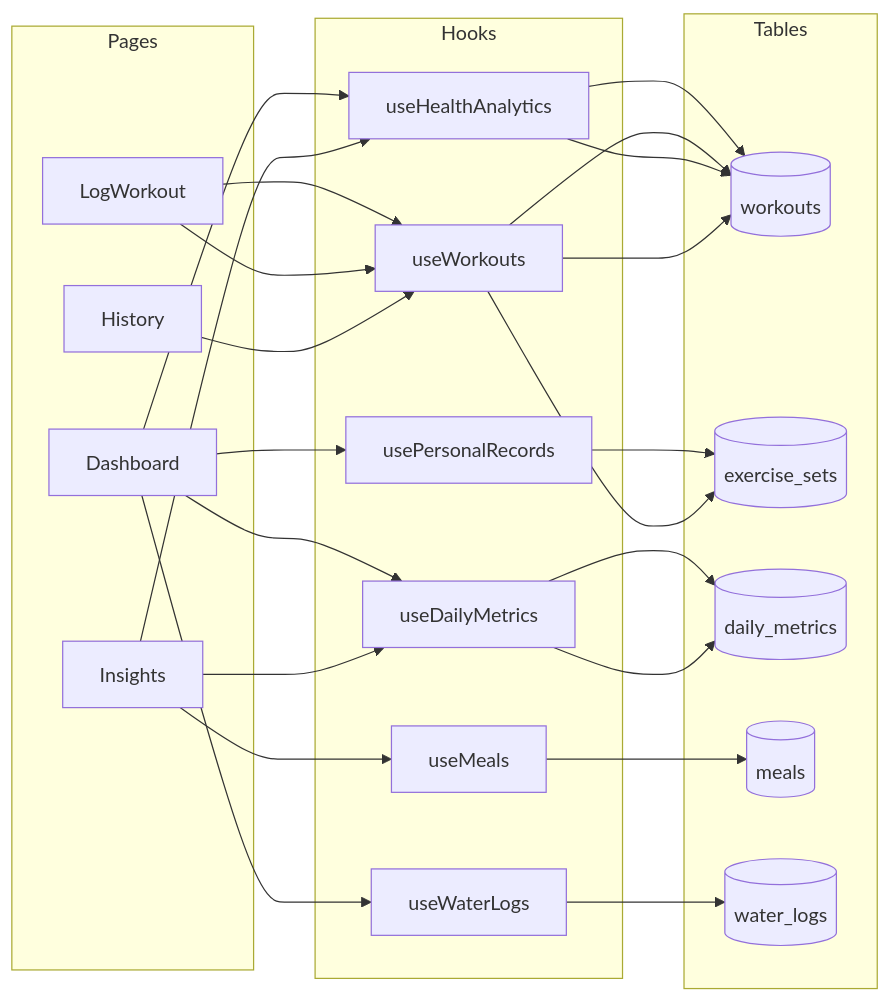
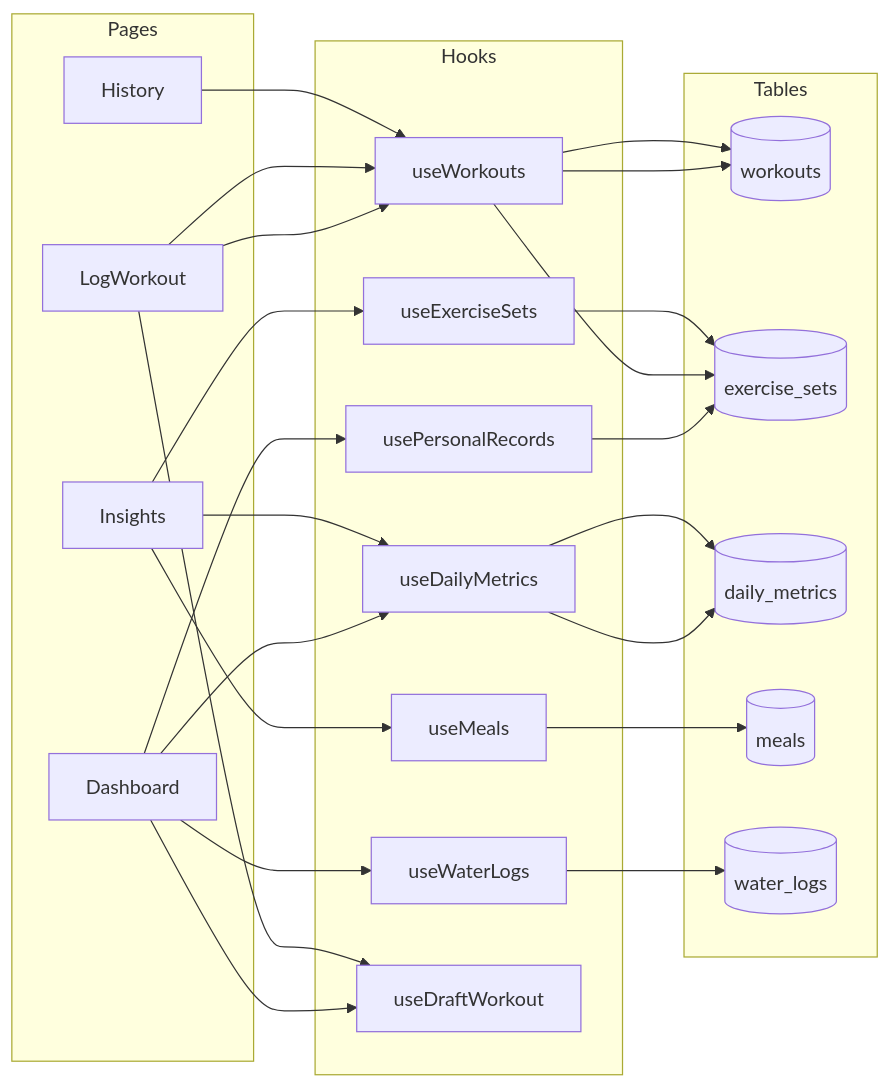
The fourth of 6 diagrams in README.md (Imdavid21/reptrack), drawn with Mermaid before and after one commit. The commit also changed other lines of this file, not shown here.

````diff
--- a/README.md
+++ b/README.md
@@ -233,40 +251,42 @@
 ```mermaid
 flowchart LR
     subgraph Pages
         D[Dashboard]
         L[LogWorkout]
         I[Insights]
         H[History]
     end
 
     subgraph Hooks
         uW[useWorkouts]
         uDM[useDailyMetrics]
         uM[useMeals]
         uWL[useWaterLogs]
         uPR[usePersonalRecords]
-        uHA[useHealthAnalytics]
+        uES[useExerciseSets]
+        uDraft[useDraftWorkout]
     end
 
     subgraph Tables
         workouts[(workouts)]
         exercise_sets[(exercise_sets)]
         daily_metrics[(daily_metrics)]
         meals[(meals)]
         water_logs[(water_logs)]
     end
 
-    D --> uHA --> workouts
     D --> uDM --> daily_metrics
     D --> uWL --> water_logs
     D --> uPR --> exercise_sets
+    D --> uDraft
 
     L --> uW --> workouts
     L --> uW --> exercise_sets
+    L --> uDraft
 
-    I --> uHA --> workouts
+    I --> uES --> exercise_sets
     I --> uDM --> daily_metrics
     I --> uM --> meals
 
     H --> uW --> workouts
 ```
````
